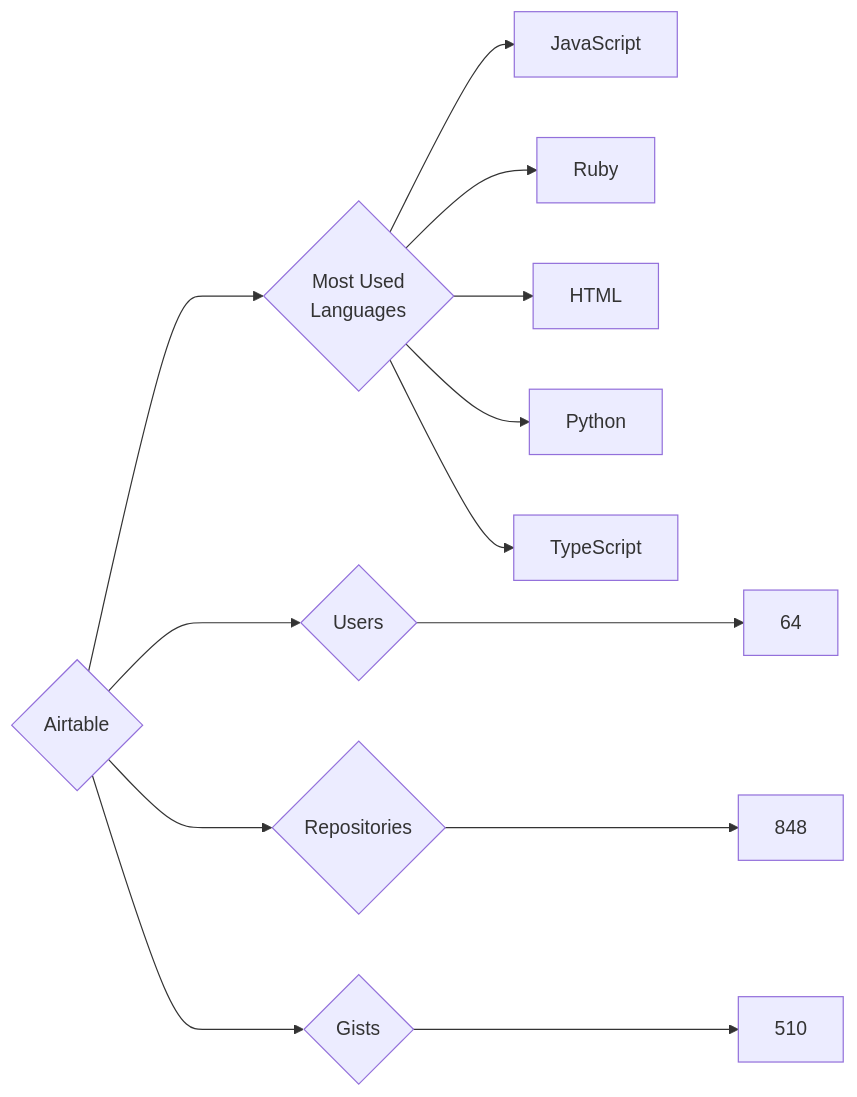
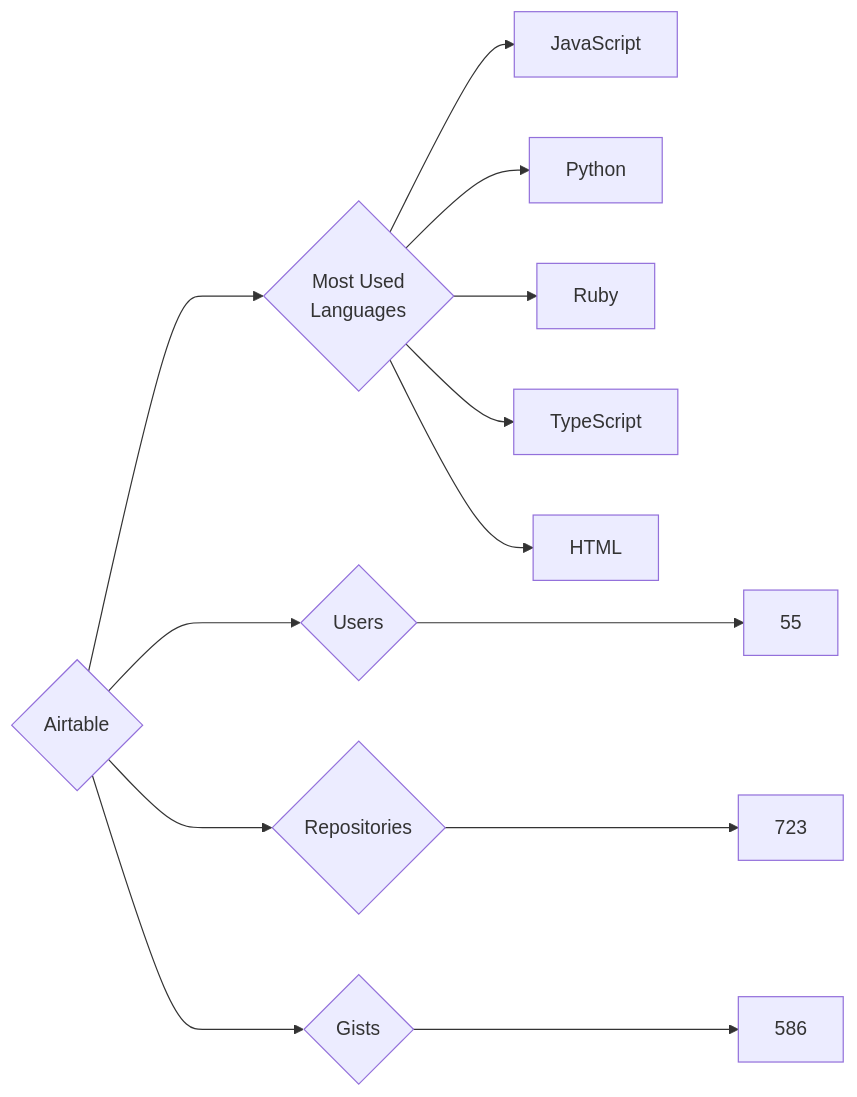
The diagram in targets/Airtable/README.md (trickest/insiders), drawn with Mermaid before and after one commit. The commit also changed 965 other files, not shown here.

````diff
--- a/targets/Airtable/README.md
+++ b/targets/Airtable/README.md
@@ -3,13 +3,13 @@
 ```mermaid
 graph LR
 COMPANY_NAME{Airtable}
-COMPANY_NAME ---> U{Users} ---> UN[64]
-COMPANY_NAME ---> R{Repositories} ---> RN[848]
-COMPANY_NAME ---> G{Gists} ---> GN[510]
+COMPANY_NAME ---> U{Users} ---> UN[55]
+COMPANY_NAME ---> R{Repositories} ---> RN[723]
+COMPANY_NAME ---> G{Gists} ---> GN[586]
 COMPANY_NAME ---> ML{Most Used<br>Languages}
 ML --> JavaScript[JavaScript]
+ML --> Python[Python]
 ML --> Ruby[Ruby]
+ML --> TypeScript[TypeScript]
 ML --> HTML[HTML]
-ML --> Python[Python]
-ML --> TypeScript[TypeScript]
 ```
````
